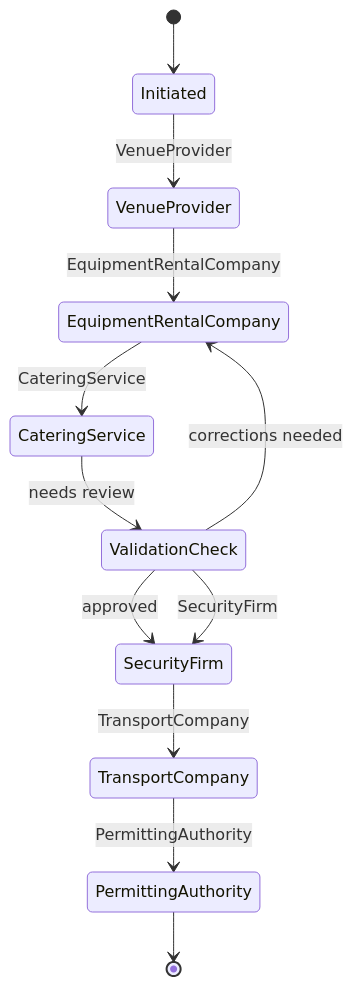
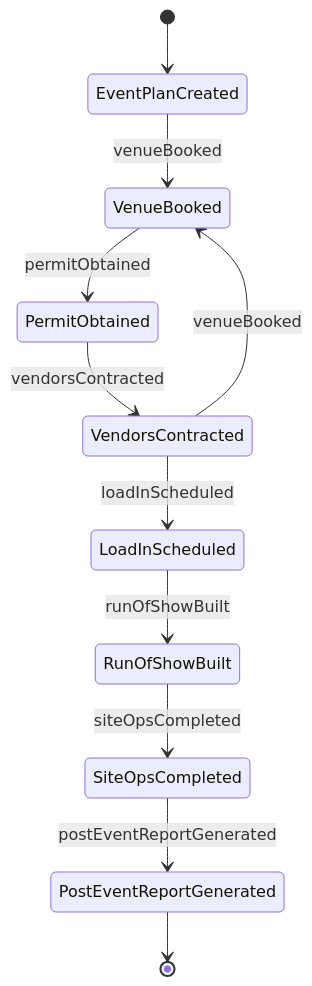
The second of 4 diagrams in GuidingDirectingAndMotivatingSubordinates/DirectOrganizationalOperationsActivitiesOrProcedures/CoordinateLogisticsProductionsEvents.mdx (dot-org-ai/tasks.org.ai), drawn with Mermaid before and after one commit. The commit also changed other lines of this file and 515 other files, not shown here.

````diff
--- a/GuidingDirectingAndMotivatingSubordinates/DirectOrganizationalOperationsActivitiesOrProcedures/CoordinateLogisticsProductionsEvents.mdx
+++ b/GuidingDirectingAndMotivatingSubordinates/DirectOrganizationalOperationsActivitiesOrProcedures/CoordinateLogisticsProductionsEvents.mdx
@@ -110,14 +108,13 @@
 ```mermaid
 stateDiagram-v2
-    [*] --> Initiated
-    Initiated --> VenueProvider: VenueProvider
-    VenueProvider --> EquipmentRentalCompany: EquipmentRentalCompany
-    EquipmentRentalCompany --> CateringService: CateringService
-    CateringService --> ValidationCheck: needs review
-    ValidationCheck --> EquipmentRentalCompany: corrections needed
-    ValidationCheck --> SecurityFirm: approved
-    ValidationCheck --> SecurityFirm: SecurityFirm
-    SecurityFirm --> TransportCompany: TransportCompany
-    TransportCompany --> PermittingAuthority: PermittingAuthority
-    PermittingAuthority --> [*]
+    [*] --> EventPlanCreated
+    EventPlanCreated --> VenueBooked : venueBooked
+    VenueBooked --> PermitObtained : permitObtained
+    PermitObtained --> VendorsContracted : vendorsContracted
+    VendorsContracted --> LoadInScheduled : loadInScheduled
+    LoadInScheduled --> RunOfShowBuilt : runOfShowBuilt
+    RunOfShowBuilt --> SiteOpsCompleted : siteOpsCompleted
+    SiteOpsCompleted --> PostEventReportGenerated : postEventReportGenerated
+    VendorsContracted --> VenueBooked : venueBooked
+    PostEventReportGenerated --> [*]
 ```
````
